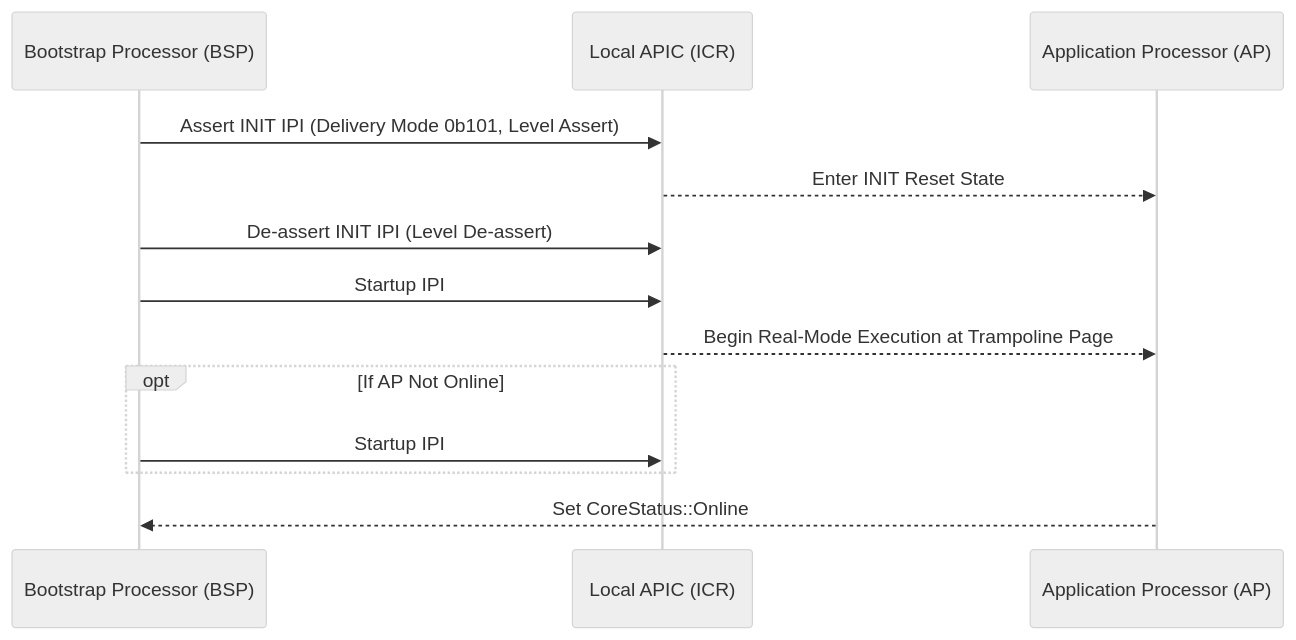
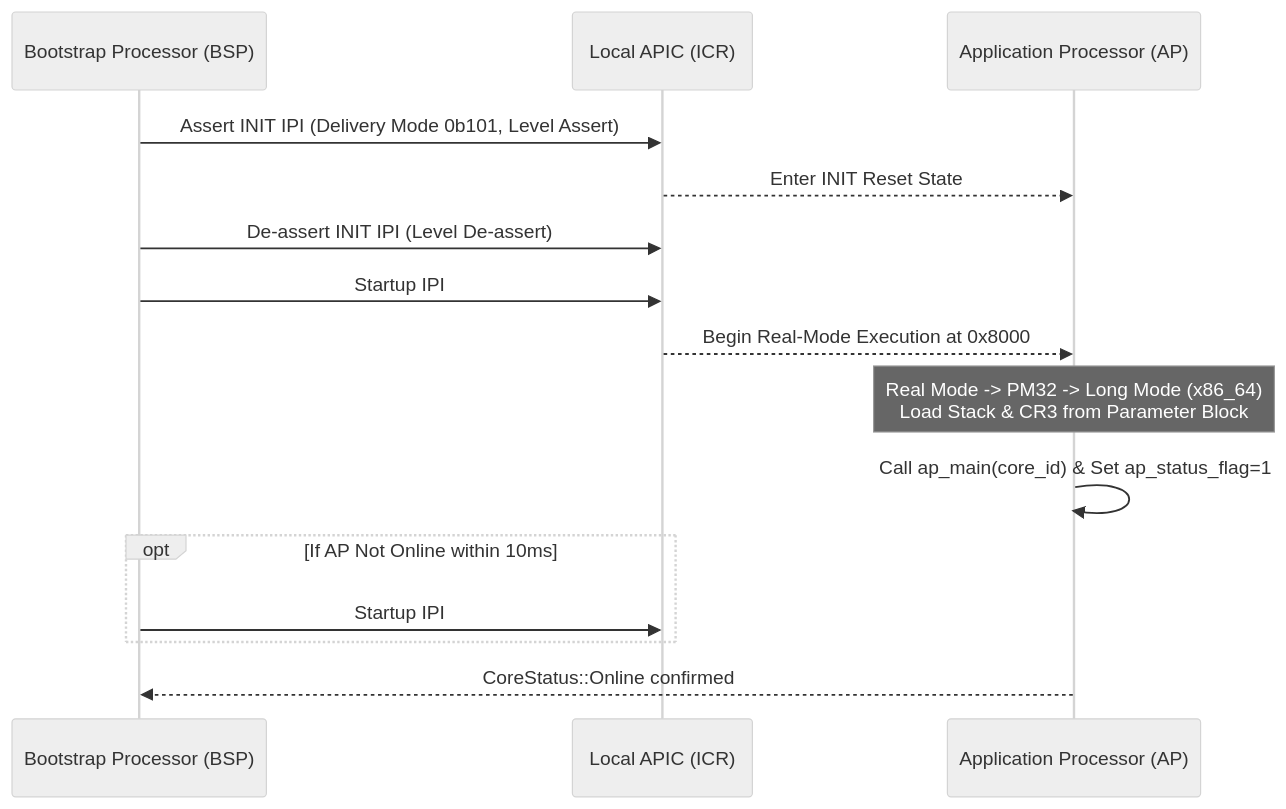
The second of 2 diagrams in docs/kernel/apic_timers.md (mrvlous/keira), drawn with Mermaid (neutral theme) before and after one commit. The commit also changed 22 other files, not shown here.

Commit message:
feat(arch): implement real-mode AP trampoline bootstrap and dual-architecture ABI stability

````diff
--- a/docs/kernel/apic_timers.md
+++ b/docs/kernel/apic_timers.md
@@ -56,16 +56,18 @@
 ```mermaid
 sequenceDiagram
     participant BSP as Bootstrap Processor (BSP)
     participant APIC as Local APIC (ICR)
     participant AP as Application Processor (AP)
 
     BSP->>APIC: Assert INIT IPI (Delivery Mode 0b101, Level Assert)
     APIC-->>AP: Enter INIT Reset State
     BSP->>APIC: De-assert INIT IPI (Level De-assert)
-    BSP->>APIC: Startup IPI #1 (SIPI, Vector = Trampoline Page)
-    APIC-->>AP: Begin Real-Mode Execution at Trampoline Page
-    opt If AP Not Online
-        BSP->>APIC: Startup IPI #2 (SIPI Retry)
+    BSP->>APIC: Startup IPI #1 (SIPI, Vector 0x08 -> 0x8000)
+    APIC-->>AP: Begin Real-Mode Execution at 0x8000
+    Note over AP: Real Mode -> PM32 -> Long Mode (x86_64)<br/>Load Stack & CR3 from Parameter Block
+    AP->>AP: Call ap_main(core_id) & Set ap_status_flag=1
+    opt If AP Not Online within 10ms
+        BSP->>APIC: Startup IPI #2 (SIPI Retry, Vector 0x08)
     end
-    AP-->>BSP: Set CoreStatus::Online
+    AP-->>BSP: CoreStatus::Online confirmed
 ```
````
